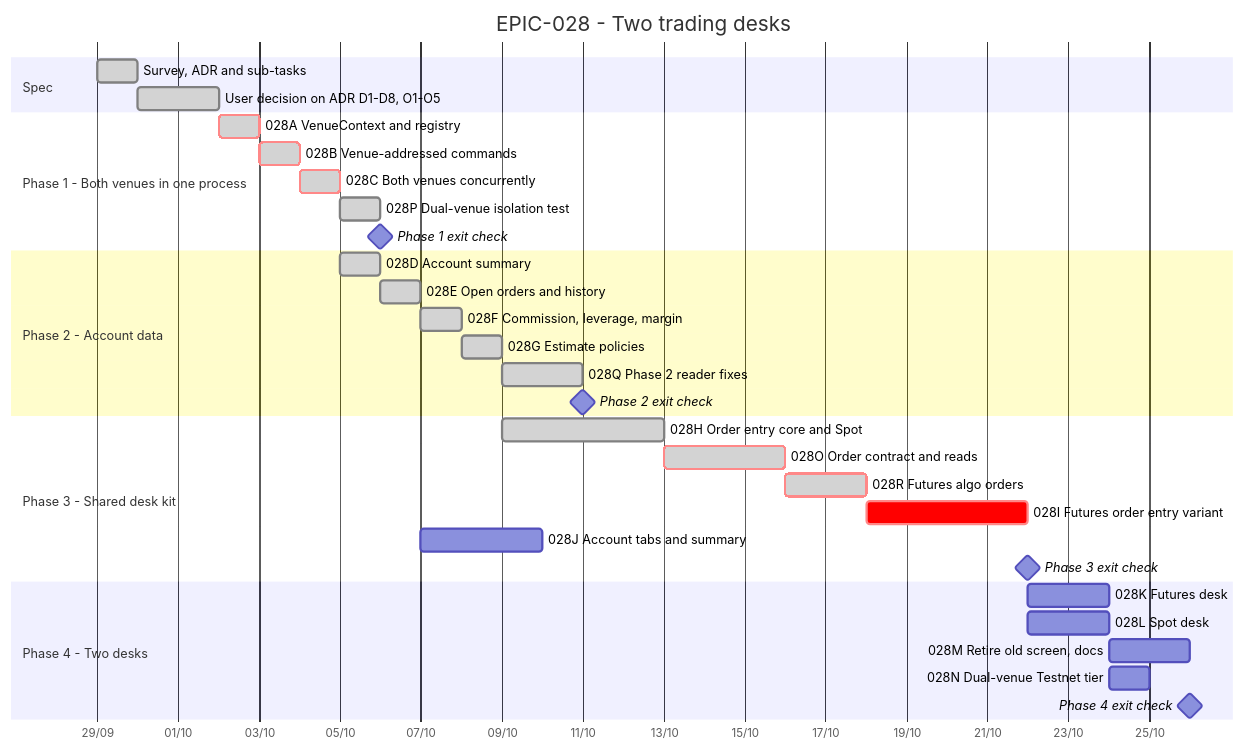
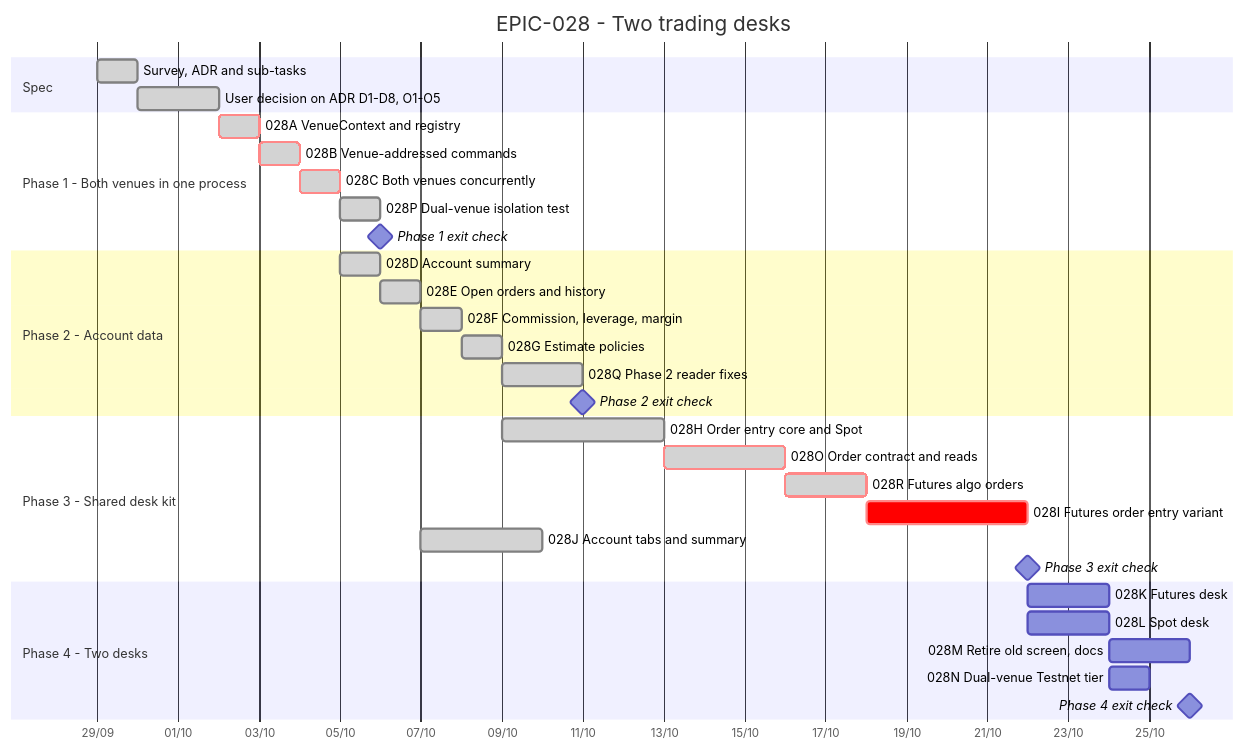
Before and after one commit to anhembedded/Sagittarius_Elite_Warrior: the diagram in Tasks/epics/EPIC-028_futures_and_spot_trading_desks/TRACKING.md, drawn with Mermaid. The commit also changed other lines of this file and 46 other files, not shown here.

````diff
--- a/Tasks/epics/EPIC-028_futures_and_spot_trading_desks/TRACKING.md
+++ b/Tasks/epics/EPIC-028_futures_and_spot_trading_desks/TRACKING.md
@@ -15,41 +15,41 @@
 ```mermaid
 gantt
     title EPIC-028 - Two trading desks
     dateFormat  YYYY-MM-DD
     axisFormat  %d/%m
     todayMarker stroke-width:2px,stroke:#d33,opacity:0.6
 
     section Spec
     Survey, ADR and sub-tasks              :done,    s1, 2026-09-29, 1d
     User decision on ADR D1-D8, O1-O5      :done,    s2, after s1, 2d
 
     section Phase 1 - Both venues in one process
     028A VenueContext and registry         :crit, done, a, after s2, 1d
     028B Venue-addressed commands          :crit, done, b, after a, 1d
     028C Both venues concurrently          :crit, done, c, after b, 1d
     028P Dual-venue isolation test         :done,    p, after c, 1d
     Phase 1 exit check                     :milestone, m1, after p, 0d
 
     section Phase 2 - Account data
     028D Account summary                   :done,    d, after c, 1d
     028E Open orders and history           :done,    e, after d, 1d
     028F Commission, leverage, margin      :done,    f, after e, 1d
     028G Estimate policies                 :done,    g, after f, 1d
     028Q Phase 2 reader fixes              :done,    q, after g, 2d
     Phase 2 exit check                     :milestone, m2, after q, 0d
 
     section Phase 3 - Shared desk kit
     028H Order entry core and Spot         :done,    h, after g, 4d
     028O Order contract and reads          :done, crit, o, after h, 3d
     028R Futures algo orders               :done, crit, r, after o, 2d
     028I Futures order entry variant       :crit,    i, after r, 4d
-    028J Account tabs and summary          :         j, after e, 3d
+    028J Account tabs and summary          :done,    j, after e, 3d
     Phase 3 exit check                     :milestone, m3, after i, 0d
 
     section Phase 4 - Two desks
     028K Futures desk                      :         k, after m3, 2d
     028L Spot desk                         :         l, after m3, 2d
     028M Retire old screen, docs           :         mm, after k, 2d
     028N Dual-venue Testnet tier           :         n, after l, 1d
     Phase 4 exit check                     :milestone, m4, after mm, 0d
 ```
````
